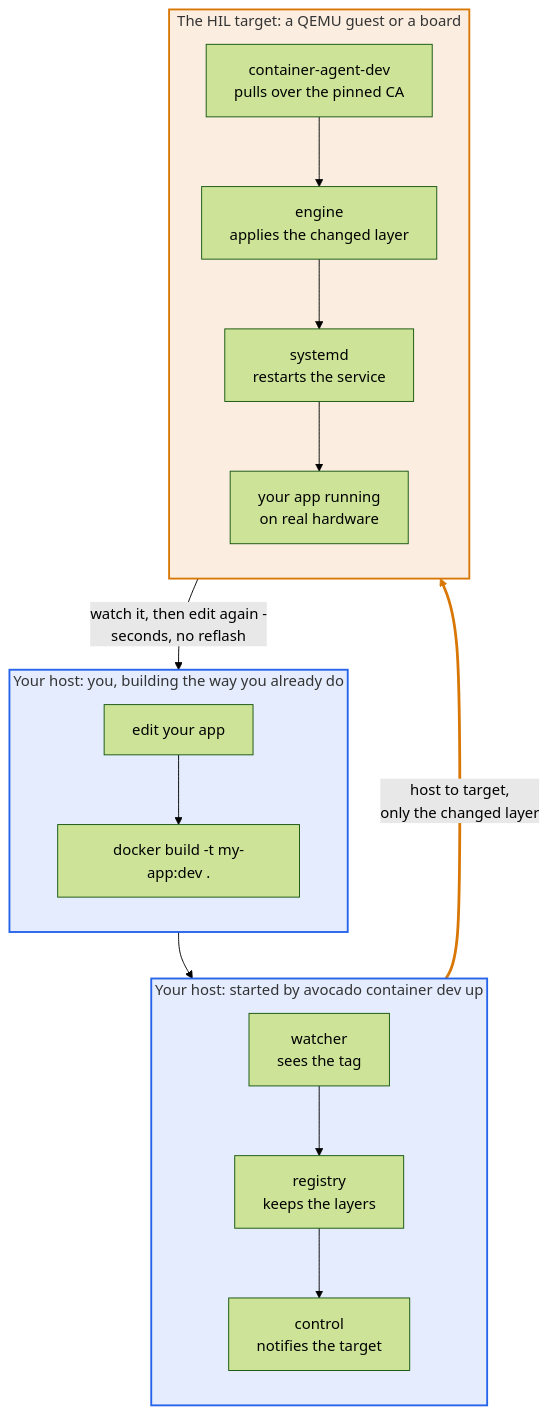
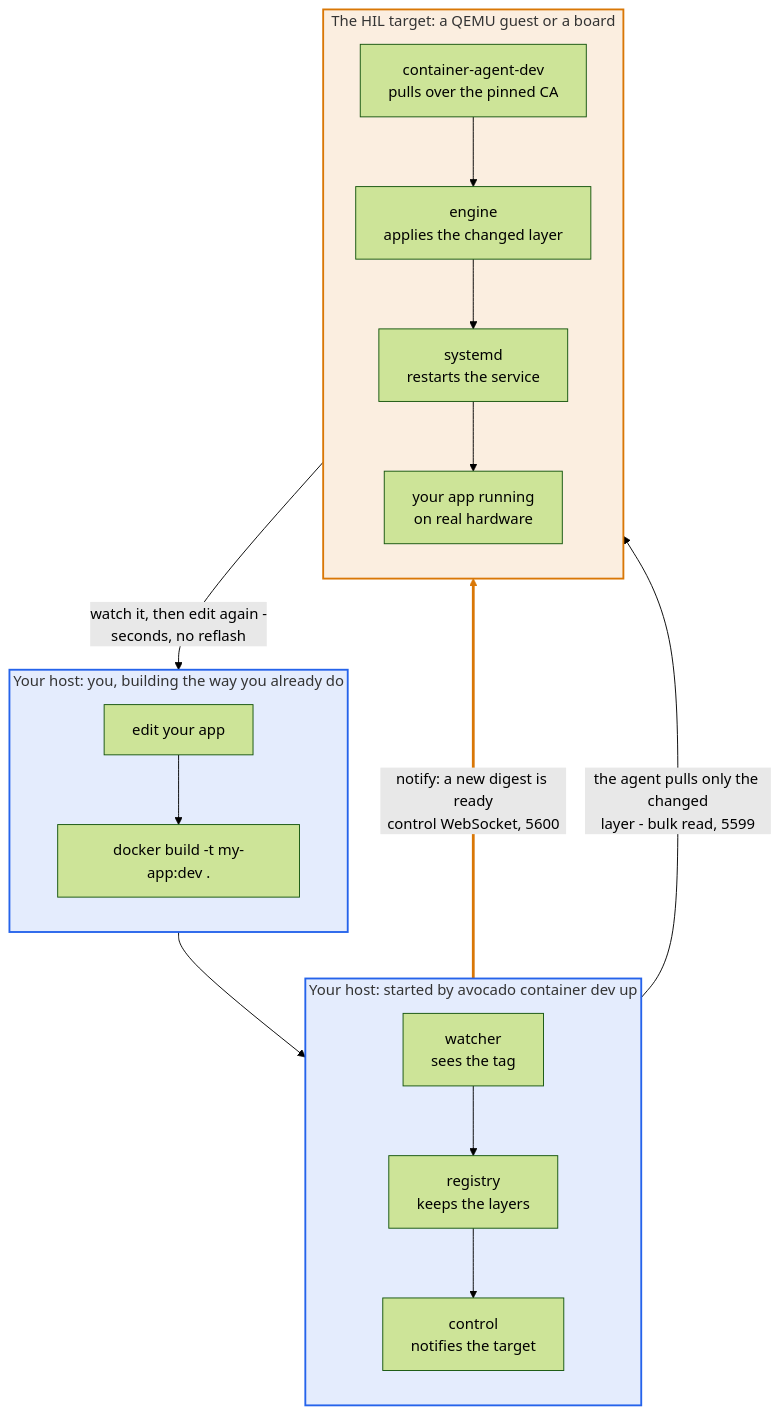
The first of 5 diagrams in src/docs-guides/container-dev-mode.md (peridio/docs), drawn with Mermaid (forest theme) before and after one commit. The commit also changed other lines of this file and 1 other file, not shown here.

````diff
--- a/src/docs-guides/container-dev-mode.md
+++ b/src/docs-guides/container-dev-mode.md
@@ -46,45 +53,46 @@
 ```mermaid
 flowchart TD
     subgraph you["Your host: you, building the way you already do"]
         direction TB
         edit["edit your app"]
         build["docker build -t my-app:dev ."]
         edit --> build
     end
 
     subgraph host["Your host: started by avocado container dev up"]
         direction TB
         watcher["watcher<br/>sees the tag"]
         registry["registry<br/>keeps the layers"]
         control["control<br/>notifies the target"]
         watcher --> registry --> control
     end
 
     subgraph target["The HIL target: a QEMU guest or a board"]
         direction TB
         agent["container-agent-dev<br/>pulls over the pinned CA"]
         engine["engine<br/>applies the changed layer"]
         unit["systemd<br/>restarts the service"]
         running["your app running<br/>on real hardware"]
         agent --> engine --> unit --> running
     end
 
     build --> watcher
-    control -->|"host to target,<br/>only the changed layer"| agent
+    control -->|"notify: a new digest is ready<br/>control WebSocket, 5600"| agent
+    registry -->|"the agent pulls only the changed<br/>layer - bulk read, 5599"| agent
     running -->|"watch it, then edit again -<br/>seconds, no reflash"| edit
 
     %% Blue is your host, amber is the target, everywhere on this page. Blue and
     %% amber rather than the more obvious green and red because that pair stays
     %% distinguishable with the common forms of colour blindness. The fills carry
     %% an alpha channel so they TINT the page rather than paint over it, which is
     %% what keeps the text legible in both light and dark mode - a solid light
     %% fill turns illegible the moment the reader flips to dark. Colour is never
     %% the only signal: each group also says which machine it is.
     style you fill:#2563eb1f,stroke:#2563eb,stroke-width:2px
     style host fill:#2563eb1f,stroke:#2563eb,stroke-width:2px
     style target fill:#d977061f,stroke:#d97706,stroke-width:2px
     %% Link 7 is the one arrow that leaves your host, thickened so the single
     %% network hop is the most visible edge in the figure. Indices count every
     %% link in declaration order, and a chain contributes one per arrow.
     linkStyle 7 stroke:#d97706,stroke-width:3px
 ```
````
